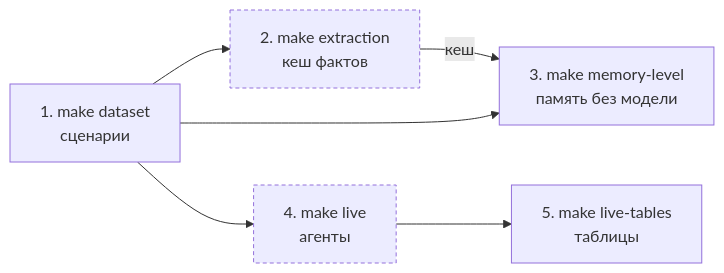
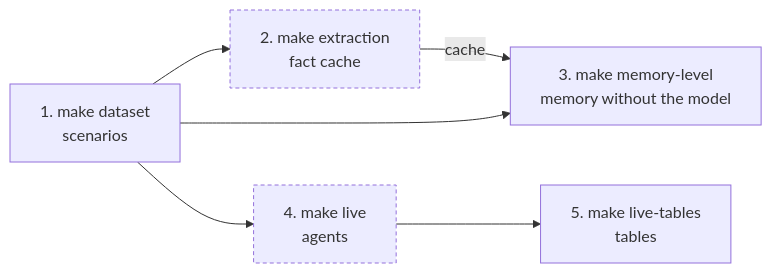
The diagram in docs/RUNBOOK.md (avikhorev/multi-agent-memory), drawn with Mermaid before and after one commit. The commit also changed other lines of this file and 63 other files, not shown here.

````diff
--- a/docs/RUNBOOK.md
+++ b/docs/RUNBOOK.md
@@ -29,10 +29,10 @@
 ```mermaid
 flowchart LR
-    D["1. make dataset<br/>сценарии"] --> E["2. make extraction<br/>кеш фактов"]
-    E -->|кеш| M["3. make memory-level<br/>память без модели"]
+    D["1. make dataset<br/>scenarios"] --> E["2. make extraction<br/>fact cache"]
+    E -->|cache| M["3. make memory-level<br/>memory without the model"]
     D --> M
-    D --> L["4. make live<br/>агенты"]
-    L --> T["5. make live-tables<br/>таблицы"]
+    D --> L["4. make live<br/>agents"]
+    L --> T["5. make live-tables<br/>tables"]
     classDef paid stroke-dasharray: 4 3
     class E,L paid
 ```
````
